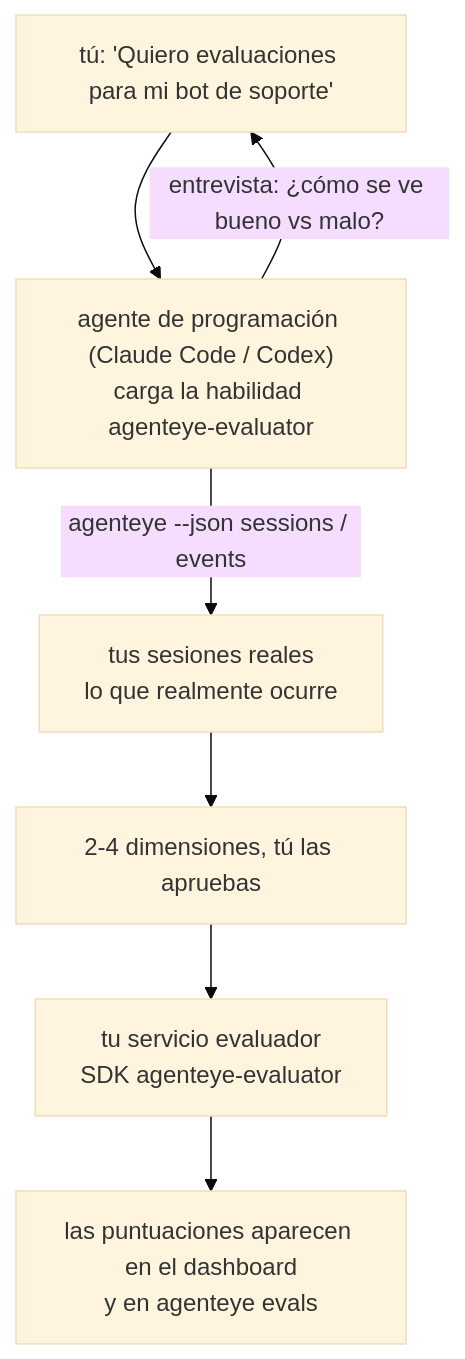
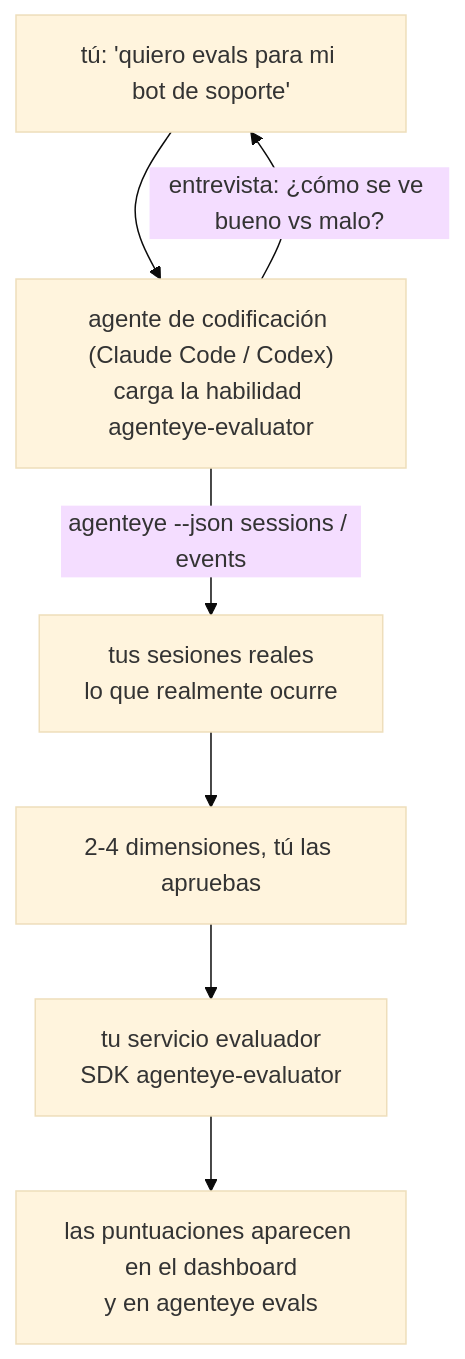
One commit to FailproofAI/failproofai changed the diagram in docs/es/agenteye/evaluator-skill.mdx. Above: the diagram before and after it, drawn with Mermaid (base theme). The commit also changed other lines of this file and 678 other files, not shown here.

````diff
--- a/docs/es/agenteye/evaluator-skill.mdx
+++ b/docs/es/agenteye/evaluator-skill.mdx
@@ -21,9 +21,9 @@
 ```mermaid
 flowchart TD
-    YOU["tú: 'Quiero evaluaciones para mi bot de soporte'"] --> AGENT["agente de programación (Claude Code / Codex)<br/>carga la habilidad agenteye-evaluator"]
+    YOU["tú: 'quiero evals para mi bot de soporte'"] --> AGENT["agente de codificación (Claude Code / Codex)<br/>carga la habilidad agenteye-evaluator"]
     AGENT -->|"entrevista: ¿cómo se ve bueno vs malo?"| YOU
     AGENT -->|"agenteye --json sessions / events"| DATA["tus sesiones reales<br/>lo que realmente ocurre"]
     DATA --> DIMS["2-4 dimensiones, tú las apruebas"]
     DIMS --> SVC["tu servicio evaluador<br/>SDK agenteye-evaluator"]
     SVC --> SCORES["las puntuaciones aparecen en el dashboard<br/>y en agenteye evals"]
 ```
````
